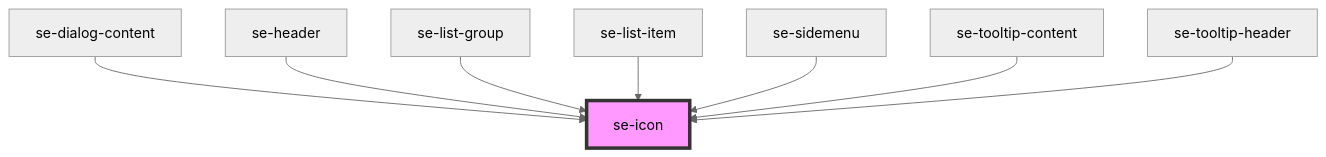
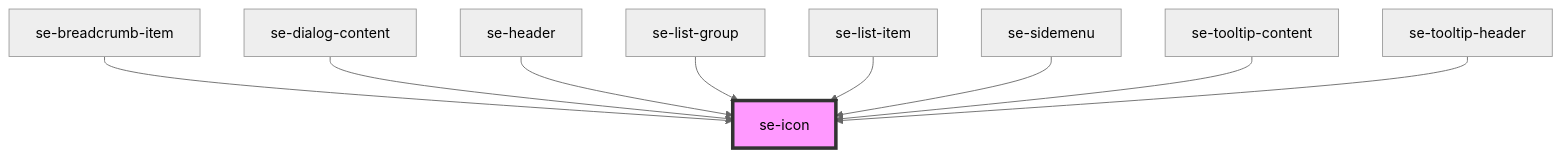
One commit to robbiemcmullense/se-web-ui changed the diagram in src-core/src/components/icon/readme.md. Above: the diagram before and after it, drawn with Mermaid (neutral theme). The commit also changed other lines of this file and 1 other file, not shown here.

````diff
--- a/src-core/src/components/icon/readme.md
+++ b/src-core/src/components/icon/readme.md
@@ -30,11 +31,12 @@
 ```mermaid
 graph TD;
+  se-breadcrumb-item --> se-icon
   se-dialog-content --> se-icon
   se-header --> se-icon
   se-list-group --> se-icon
   se-list-item --> se-icon
   se-sidemenu --> se-icon
   se-tooltip-content --> se-icon
   se-tooltip-header --> se-icon
   style se-icon fill:#f9f,stroke:#333,stroke-width:4px
 ```
````
